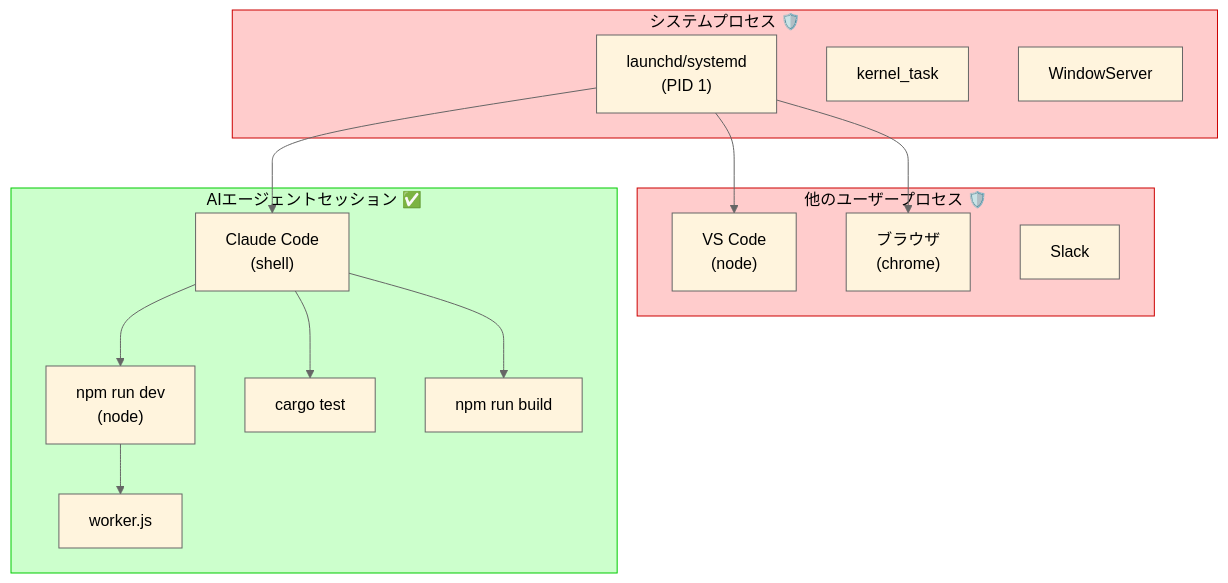
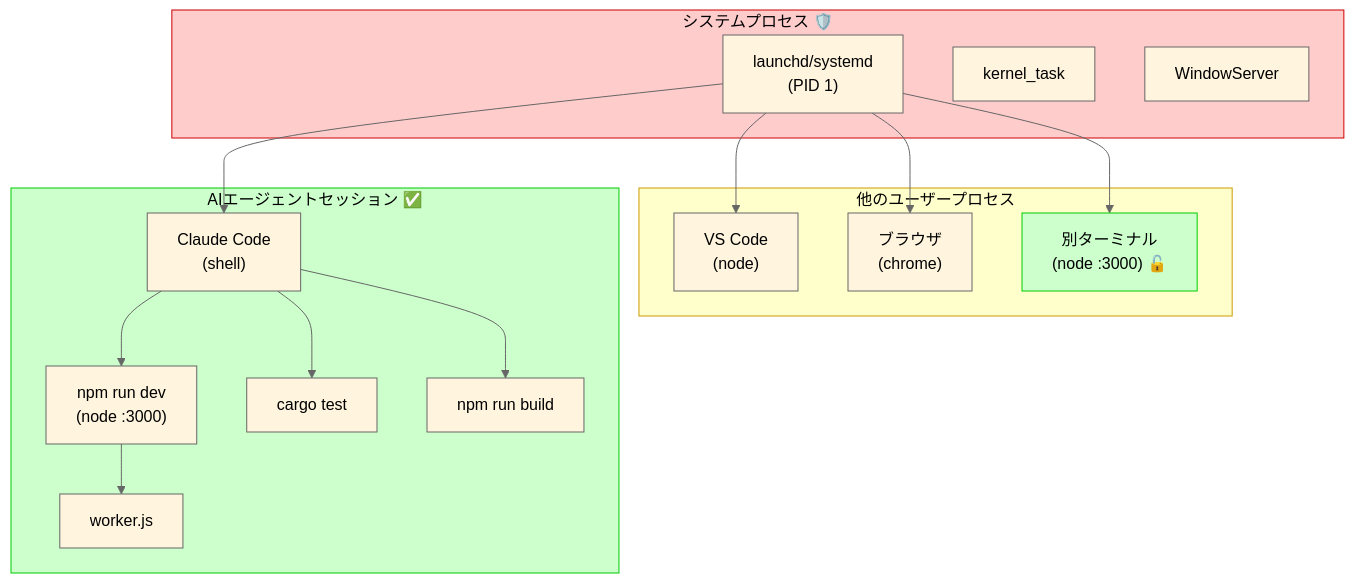
Before and after one commit to owayo/safe-kill: the second of 2 diagrams in README.ja.md, drawn with Mermaid. The commit also changed other lines of this file and 13 other files, not shown here.

````diff
--- a/README.ja.md
+++ b/README.ja.md
@@ -165,31 +177,33 @@
 ```mermaid
 %%{init: {'theme': 'base', 'themeVariables': { 'lineColor': '#666666', 'primaryTextColor': '#000000', 'primaryBorderColor': '#666666' }}}%%
 flowchart TB
     subgraph system["システムプロセス 🛡️"]
         init["launchd/systemd<br/>(PID 1)"]
         kernel["kernel_task"]
         window["WindowServer"]
     end
 
-    subgraph other["他のユーザープロセス 🛡️"]
+    subgraph other["他のユーザープロセス"]
         vscode["VS Code<br/>(node)"]
         browser["ブラウザ<br/>(chrome)"]
-        slack["Slack"]
+        otherdev["別ターミナル<br/>(node :3000) 🔓"]
     end
 
     subgraph session["AIエージェントセッション ✅"]
         shell["Claude Code<br/>(shell)"]
-        shell --> server["npm run dev<br/>(node)"]
+        shell --> server["npm run dev<br/>(node :3000)"]
         shell --> test["cargo test"]
         shell --> build["npm run build"]
         server --> worker["worker.js"]
     end
 
     init --> shell
     init --> vscode
     init --> browser
+    init --> otherdev
 
     style system fill:#ffcccc,stroke:#cc0000,color:#000000
-    style other fill:#ffcccc,stroke:#cc0000,color:#000000
+    style other fill:#ffffcc,stroke:#cc9900,color:#000000
     style session fill:#ccffcc,stroke:#00cc00,color:#000000
+    style otherdev fill:#ccffcc,stroke:#00cc00,color:#000000
 ```
````
